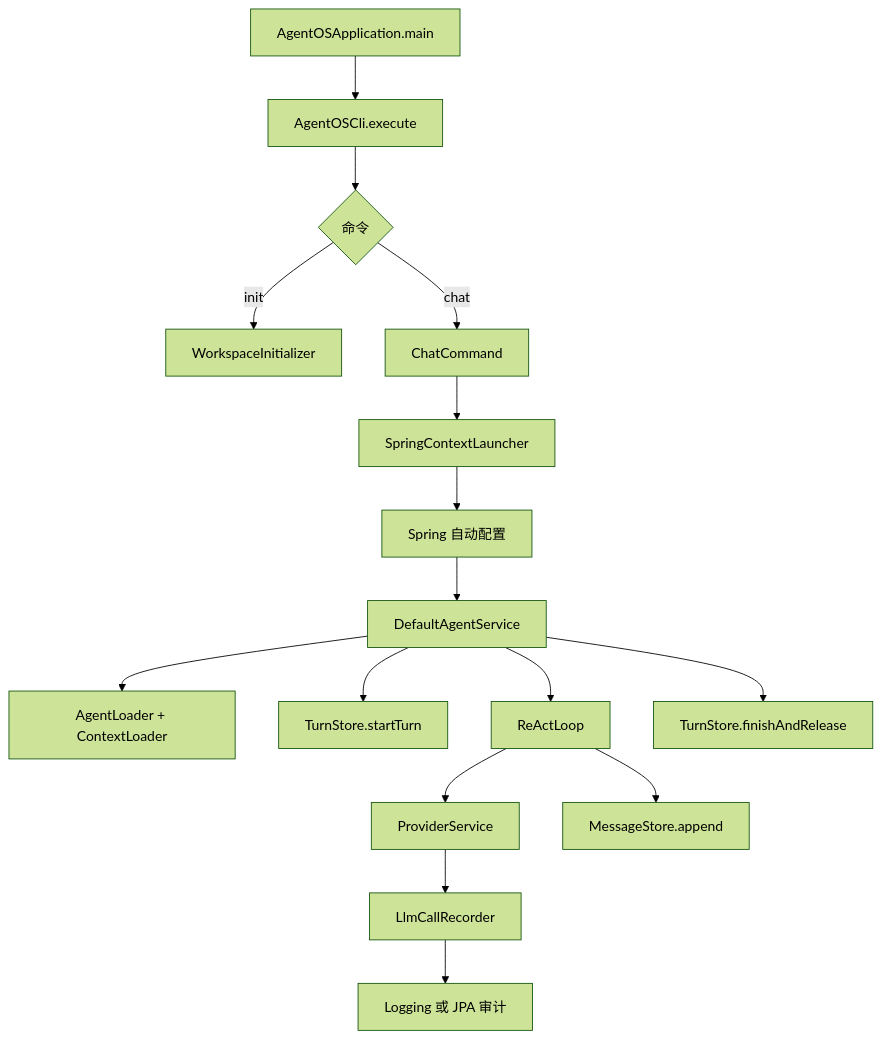
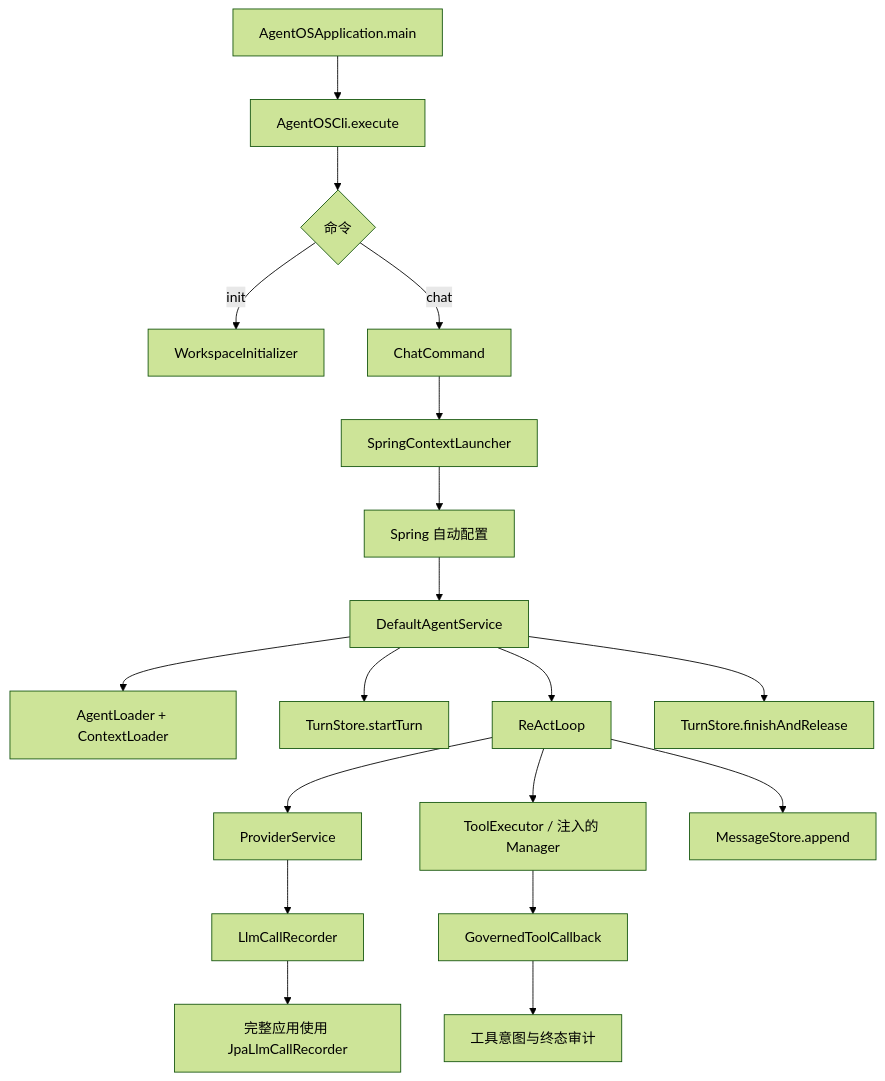
The diagram in docs/code-reading/README.md (wangkaiqistart/agent-os), drawn with Mermaid (forest theme) before and after one commit. The commit also changed other lines of this file and 9 other files, not shown here.

````diff
--- a/docs/code-reading/README.md
+++ b/docs/code-reading/README.md
@@ -23,18 +23,21 @@
 ```mermaid
 flowchart TD
     A[AgentOSApplication.main] --> B[AgentOSCli.execute]
     B --> C{命令}
     C -->|init| D[WorkspaceInitializer]
     C -->|chat| E[ChatCommand]
     E --> F[SpringContextLauncher]
     F --> G[Spring 自动配置]
     G --> H[DefaultAgentService]
     H --> I[AgentLoader + ContextLoader]
     H --> J[TurnStore.startTurn]
     H --> K[ReActLoop]
     K --> L[ProviderService]
+    K --> T[ToolExecutor / 注入的 Manager]
+    T --> GC[GovernedToolCallback]
+    GC --> TA[工具意图与终态审计]
     K --> M[MessageStore.append]
     H --> N[TurnStore.finishAndRelease]
     L --> O[LlmCallRecorder]
-    O --> P[Logging 或 JPA 审计]
+    O --> P[完整应用使用 JpaLlmCallRecorder]
 ```
````
